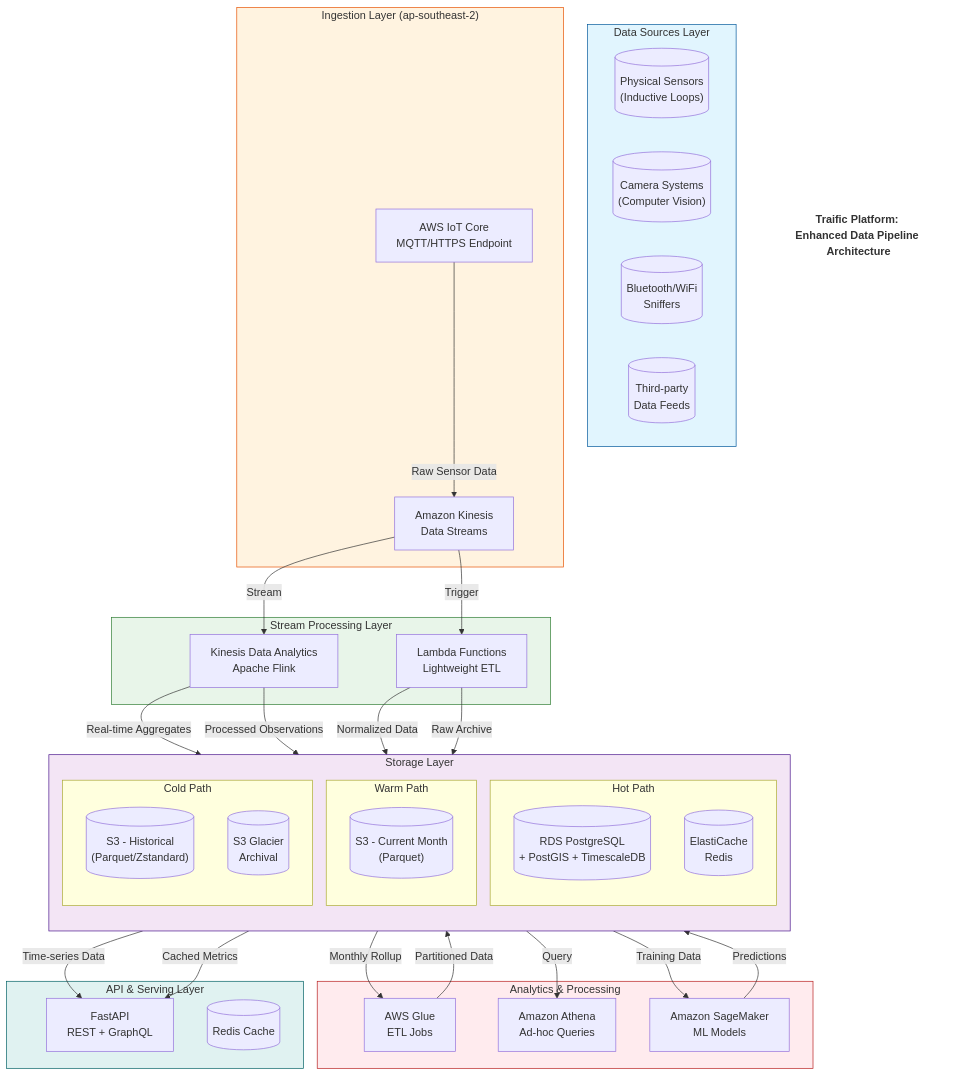
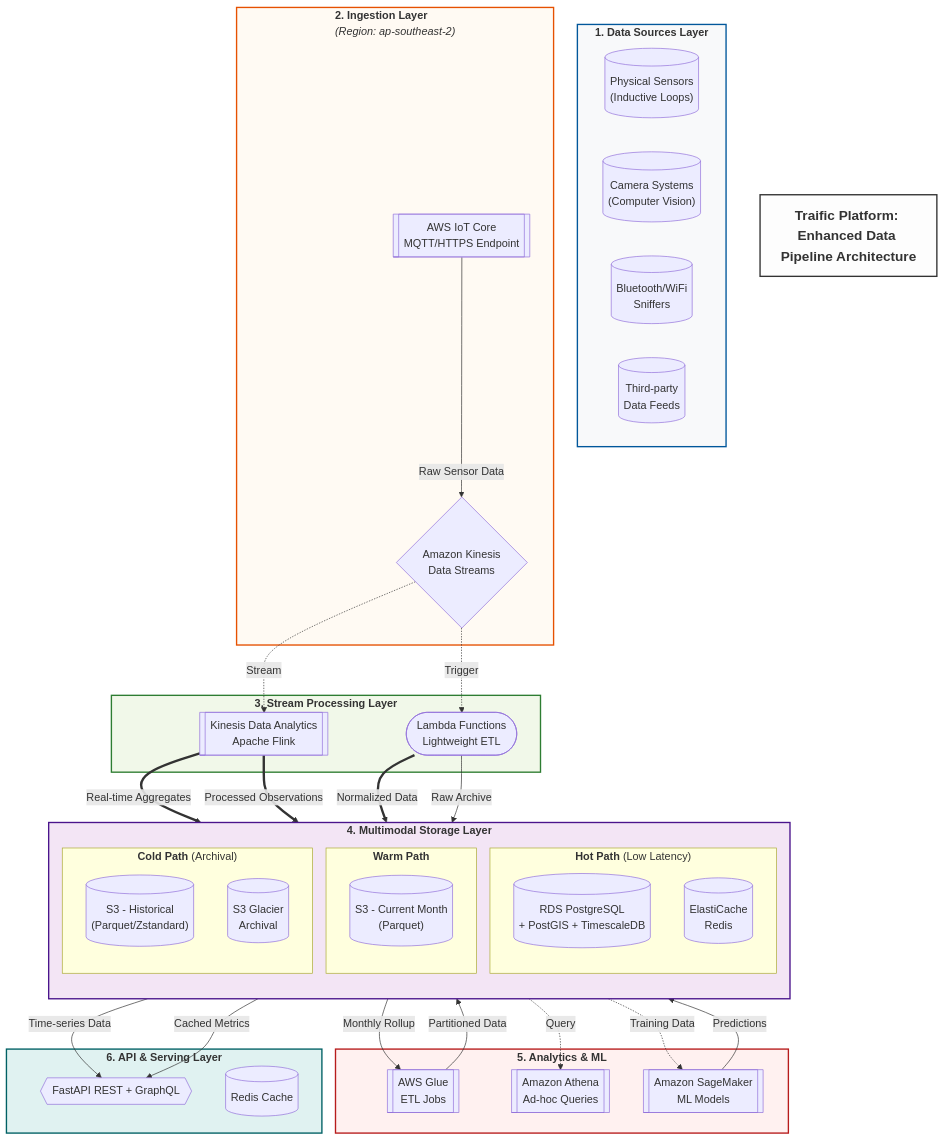
One commit to miguel-tronix/traific changed the diagram in docs/end-to-end-pipeline.mmd. Above: the diagram before and after it, drawn with Mermaid. The commit also changed 5 other files, not shown here.

Commit message:
architecture: add mermaid diagrams

```diff
--- a/docs/end-to-end-pipeline.mmd
+++ b/docs/end-to-end-pipeline.mmd
@@ -1,82 +1,83 @@
 graph TB
-    %% Title
+    %% Global Styling
+    %% Source: [cite: 1]
     title["Traific Platform: Enhanced Data Pipeline Architecture"]
-    style title fill:#fff,stroke:none,font-weight:bold
+    style title fill:#fdfdfd,stroke:#333,stroke-width:2px,font-weight:bold,font-size:20px
 
     %% Data Sources Layer
-    subgraph Sources ["Data Sources Layer"]
+    subgraph Sources ["<b>1. Data Sources Layer</b>"]
         direction LR
-        S1[("Physical Sensors\n(Inductive Loops)")]
-        S2[("Camera Systems\n(Computer Vision)")]
-        S3[("Bluetooth/WiFi\nSniffers")]
-        S4[("Third-party\nData Feeds")]
+        S1[("Physical Sensors<br/>(Inductive Loops)")]
+        S2[("Camera Systems<br/>(Computer Vision)")]
+        S3[("Bluetooth/WiFi<br/>Sniffers")]
+        S4[("Third-party<br/>Data Feeds")]
     end
 
     %% Ingestion Layer
-    subgraph Ingestion ["Ingestion Layer (ap-southeast-2)"]
-        IoT[AWS IoT Core\nMQTT/HTTPS Endpoint]
-        KDS[Amazon Kinesis\nData Streams]
+    subgraph Ingestion ["<b>2. Ingestion Layer</b><br/><i>(Region: ap-southeast-2)</i>"]
+        IoT[[AWS IoT Core<br/>MQTT/HTTPS Endpoint]]
+        KDS{Amazon Kinesis<br/>Data Streams}
         IoT -->|Raw Sensor Data| KDS
     end
 
     %% Stream Processing Layer
-    subgraph StreamProc ["Stream Processing Layer"]
-        KDA[Kinesis Data Analytics\nApache Flink]
-        Lambda[Lambda Functions\nLightweight ETL]
-        KDS -->|Stream| KDA
-        KDS -->|Trigger| Lambda
+    subgraph StreamProc ["<b>3. Stream Processing Layer</b>"]
+        KDA[[Kinesis Data Analytics<br/>Apache Flink]]
+        Lambda([Lambda Functions<br/>Lightweight ETL])
+        KDS -.->|Stream| KDA
+        KDS -.->|Trigger| Lambda
     end
 
     %% Storage Layer
-    subgraph Storage ["Storage Layer"]
+    subgraph Storage ["<b>4. Multimodal Storage Layer</b>"]
         direction TB
-        subgraph Hot ["Hot Path"]
-            RDS[(RDS PostgreSQL\n+ PostGIS + TimescaleDB)]
-            Redis[(ElastiCache\nRedis)]
+        subgraph Hot ["<b>Hot Path</b> (Low Latency)"]
+            RDS[(RDS PostgreSQL<br/>+ PostGIS + TimescaleDB)]
+            Redis[(ElastiCache<br/>Redis)]
         end
         
-        subgraph Warm ["Warm Path"]
-            S3_Cur[("S3 - Current Month\n(Parquet)")]
+        subgraph Warm ["<b>Warm Path</b>"]
+            S3_Cur[("S3 - Current Month<br/>(Parquet)")]
         end
         
-        subgraph Cold ["Cold Path"]
-            S3_Hist[("S3 - Historical\n(Parquet/Zstandard)")]
-            Glacier[("S3 Glacier\nArchival")]
+        subgraph Cold ["<b>Cold Path</b> (Archival)"]
+            S3_Hist[("S3 - Historical<br/>(Parquet/Zstandard)")]
+            Glacier[("S3 Glacier<br/>Archival")]
         end
     end
 
     %% Processing & Analytics
-    subgraph Processing ["Analytics & Processing"]
-        Glue[AWS Glue\nETL Jobs]
-        Athena[Amazon Athena\nAd-hoc Queries]
-        SageMaker[Amazon SageMaker\nML Models]
+    subgraph Processing ["<b>5. Analytics & ML</b>"]
+        Glue[[AWS Glue<br/>ETL Jobs]]
+        Athena[[Amazon Athena<br/>Ad-hoc Queries]]
+        SageMaker[[Amazon SageMaker<br/>ML Models]]
     end
 
     %% Serving Layer
-    subgraph Serving ["API & Serving Layer"]
-        API[FastAPI\nREST + GraphQL]
+    subgraph Serving ["<b>6. API & Serving Layer</b>"]
+        API{{FastAPI REST + GraphQL}}
         Cache[(Redis Cache)]
     end
 
     %% Data Flow Connections
-    KDA -->|Real-time Aggregates| Redis
-    KDA -->|Processed Observations| RDS
-    Lambda -->|Normalized Data| RDS
+    KDA ==>|Real-time Aggregates| Redis
+    KDA ==>|Processed Observations| RDS
+    Lambda ==>|Normalized Data| RDS
     Lambda -->|Raw Archive| S3_Cur
     
     RDS -->|Time-series Data| API
     Redis -->|Cached Metrics| API
     
     S3_Cur -->|Monthly Rollup| Glue
     Glue -->|Partitioned Data| S3_Hist
-    S3_Hist -->|Query| Athena
-    S3_Hist -->|Training Data| SageMaker
+    S3_Hist -.->|Query| Athena
+    S3_Hist -.->|Training Data| SageMaker
     SageMaker -->|Predictions| RDS
     
-    %% Styling
-    style Sources fill:#e1f5fe,stroke:#01579b
-    style Ingestion fill:#fff3e0,stroke:#e65100
-    style StreamProc fill:#e8f5e9,stroke:#2e7d32
-    style Storage fill:#f3e5f5,stroke:#4a148c
-    style Processing fill:#ffebee,stroke:#b71c1c
-    style Serving fill:#e0f2f1,stroke:#006064
+    %% Styling for Professionalism
+    style Sources fill:#f8f9fa,stroke:#01579b,stroke-width:2px
+    style Ingestion fill:#fffaf3,stroke:#e65100,stroke-width:2px
+    style StreamProc fill:#f1f8e9,stroke:#2e7d32,stroke-width:2px
+    style Storage fill:#f3e5f5,stroke:#4a148c,stroke-width:2px
+    style Processing fill:#fff1f0,stroke:#b71c1c,stroke-width:2px
+    style Serving fill:#e0f2f1,stroke:#006064,stroke-width:2px
```
